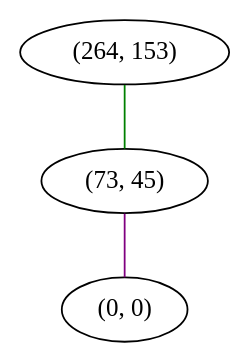
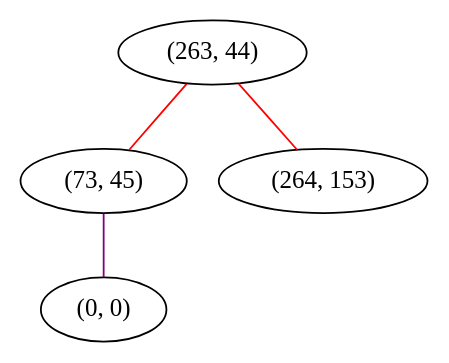
Before and after one commit to FelixMcFelix/sip-for-cv-paper: the diagram in graphviz/dejavu-sans/L-up.gv, drawn with Graphviz. The commit also changed 121 other files, not shown here.

First line of the commit message:
[MakeGraph] Better Graph Generation

```diff
--- a/graphviz/dejavu-sans/L-up.gv
+++ b/graphviz/dejavu-sans/L-up.gv
@@ -1,7 +1,9 @@
 graph "" {
-"(264, 153)";
+"(263, 44)";
 "(73, 45)";
 "(0, 0)";
-"(264, 153)" -- "(73, 45)"  [color=green, key=0, weight=2];
+"(264, 153)";
+"(263, 44)" -- "(264, 153)"  [color=red, key=0, weight=1];
+"(263, 44)" -- "(73, 45)"  [color=red, key=0, weight=1];
 "(73, 45)" -- "(0, 0)"  [color=purple, key=0, weight=4];
 }
```
